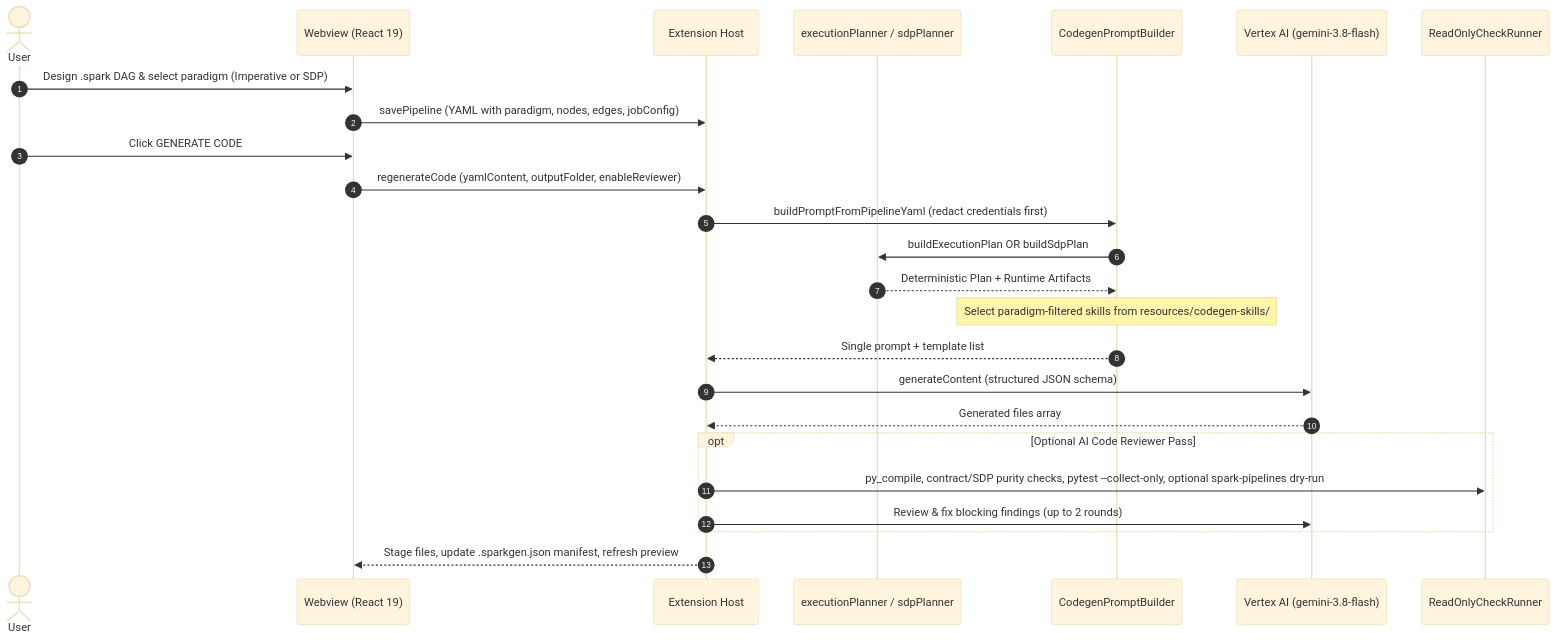
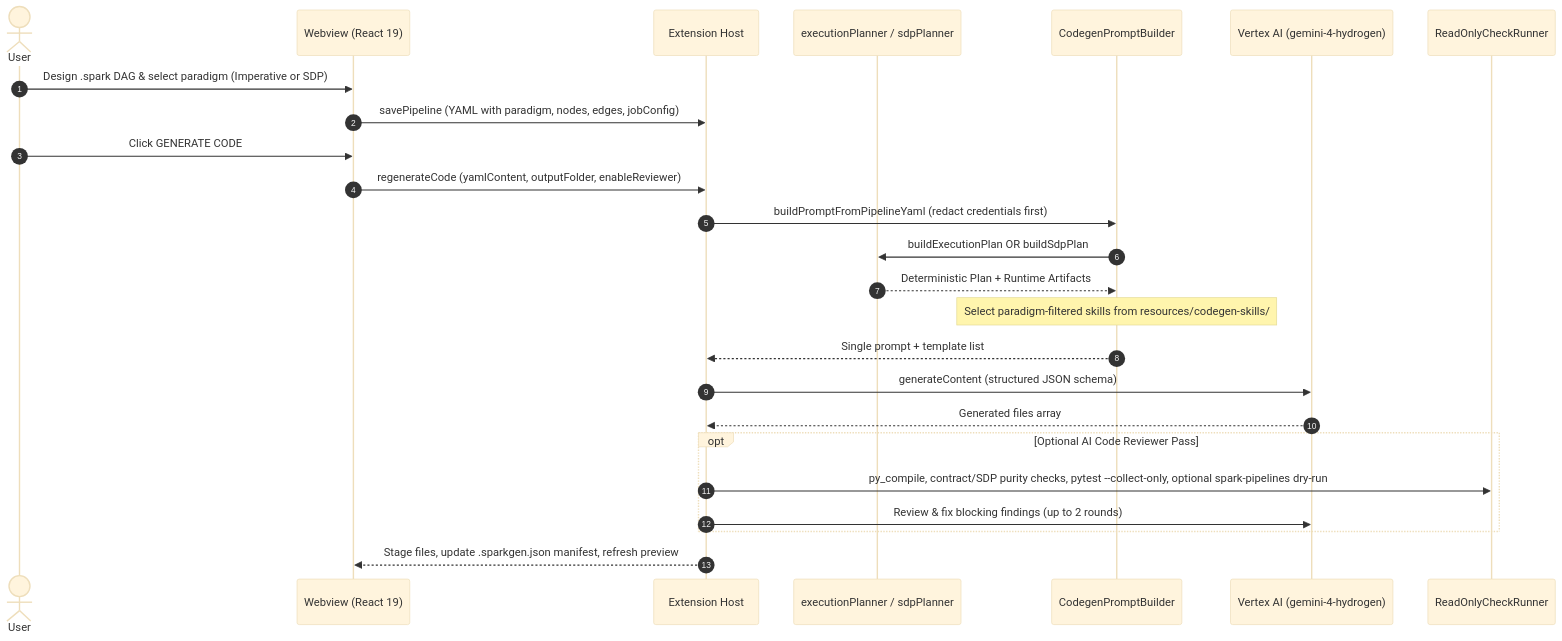
The second of 2 diagrams in ARCHITECTURE.md (mnimer/spark-designer-fork), drawn with Mermaid (base theme) before and after one commit. The commit also changed other lines of this file and 14 other files, not shown here.

First line of the commit message:
chore(codegen): upgrade default Gemini model to gemini-4-hydrogen (#12)

````diff
--- a/ARCHITECTURE.md
+++ b/ARCHITECTURE.md
@@ -155,28 +155,28 @@
 ```mermaid
 sequenceDiagram
     autonumber
     actor User
     participant Webview as Webview (React 19)
     participant Host as Extension Host
     participant Planner as executionPlanner / sdpPlanner
     participant Builder as CodegenPromptBuilder
-    participant Gemini as Vertex AI (gemini-3.8-flash)
+    participant Gemini as Vertex AI (gemini-4-hydrogen)
     participant Checks as ReadOnlyCheckRunner
 
     User->>Webview: Design .spark DAG & select paradigm (Imperative or SDP)
     Webview->>Host: savePipeline (YAML with paradigm, nodes, edges, jobConfig)
     User->>Webview: Click GENERATE CODE
     Webview->>Host: regenerateCode (yamlContent, outputFolder, enableReviewer)
     Host->>Builder: buildPromptFromPipelineYaml (redact credentials first)
     Builder->>Planner: buildExecutionPlan OR buildSdpPlan
     Planner-->>Builder: Deterministic Plan + Runtime Artifacts
     Note over Builder: Select paradigm-filtered skills from resources/codegen-skills/
     Builder-->>Host: Single prompt + template list
     Host->>Gemini: generateContent (structured JSON schema)
     Gemini-->>Host: Generated files array
     opt Optional AI Code Reviewer Pass
         Host->>Checks: py_compile, contract/SDP purity checks, pytest --collect-only, optional spark-pipelines dry-run
         Host->>Gemini: Review & fix blocking findings (up to 2 rounds)
     end
     Host-->>Webview: Stage files, update .sparkgen.json manifest, refresh preview
 ```
````
